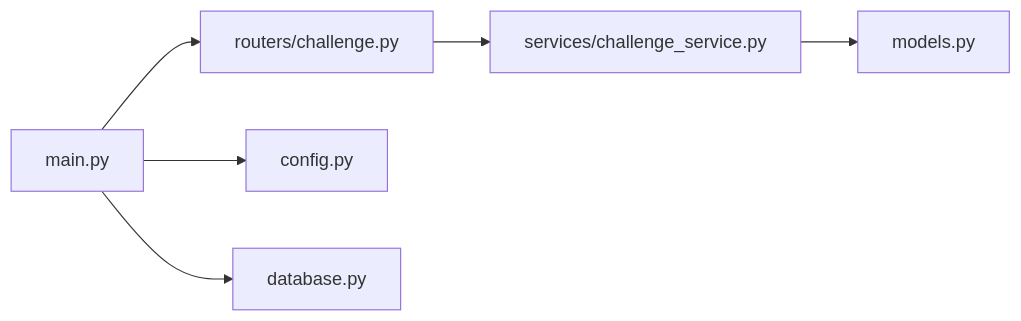
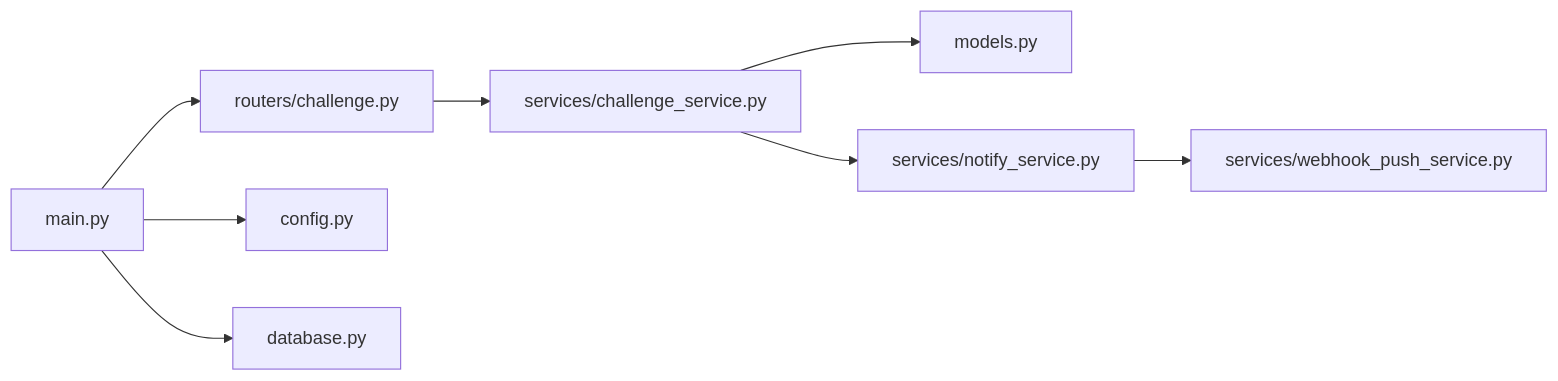
One commit to onebody/homework changed the tenth of 10 diagrams in .qoder/repowiki/zh/content/暑假作业打卡系统/核心业务功能/挑战任务系统.md. Above: the diagram before and after it, drawn with Mermaid. The commit also changed other lines of this file and 15 other files, not shown here.

````diff
--- a/.qoder/repowiki/zh/content/暑假作业打卡系统/核心业务功能/挑战任务系统.md
+++ b/.qoder/repowiki/zh/content/暑假作业打卡系统/核心业务功能/挑战任务系统.md
@@ -322,8 +420,10 @@
 ```mermaid
 graph LR
 Main["main.py"] --> Router["routers/challenge.py"]
 Router --> Service["services/challenge_service.py"]
 Service --> Models["models.py"]
+Service --> Notify["services/notify_service.py"]
+Notify --> Webhook["services/webhook_push_service.py"]
 Main --> Config["config.py"]
 Main --> Database["database.py"]
 ```
````
